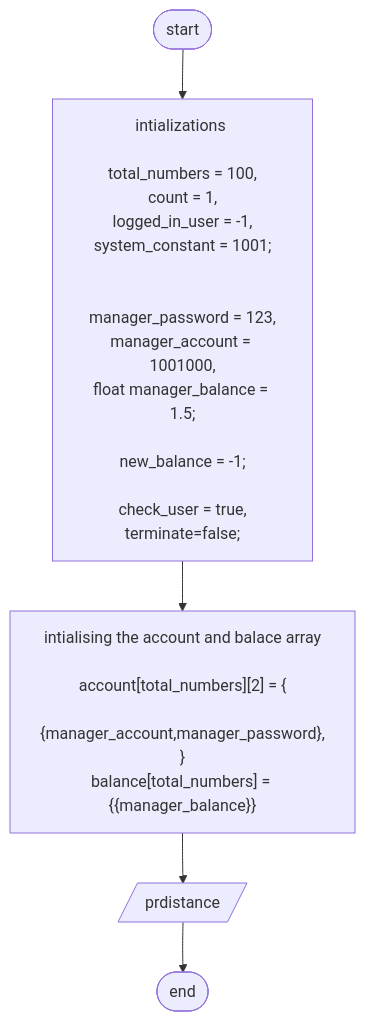
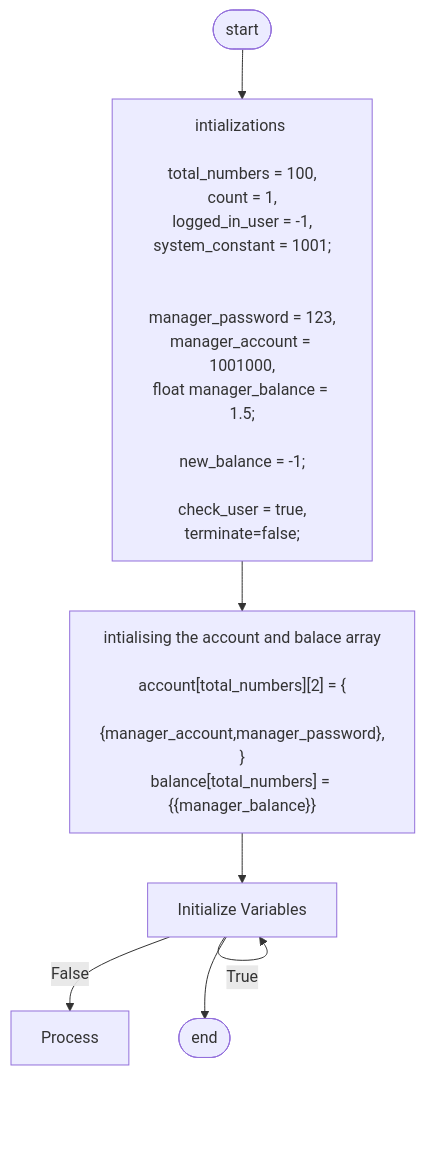
One commit to Ludis-ET/Bank-Account changed the first of 2 diagrams in FoP I/flowchart.md. Above: the diagram before and after it, drawn with Mermaid.

Commit message:
crating the while loop

````diff
--- a/FoP I/flowchart.md
+++ b/FoP I/flowchart.md
@@ -1,36 +1,42 @@
 ```mermaid
     flowchart TD;
     A([start])-->B["
     intializations 
 
     total_numbers = 100,
     count = 1,
     logged_in_user = -1,
     system_constant = 1001;
 
 
     manager_password = 123,
     manager_account = 1001000,
     float manager_balance = 1.5;
     
     new_balance = -1;
 
     check_user = true,
     terminate=false;
     
     "];
 
 
     B-->C["
     
     intialising the account and balace array
 
     account[total_numbers][2] = {
         {manager_account,manager_password},
     }
     balance[total_numbers] = {{manager_balance}}
 
     "];
-    C-->D[/prdistance/];
+
+
+    C-->D{terminate = false};
+    D -->|True| D[Initialize Variables]
+
+
+    D -->|False| F[Process]
     D-->E([end]);
 ```
````
